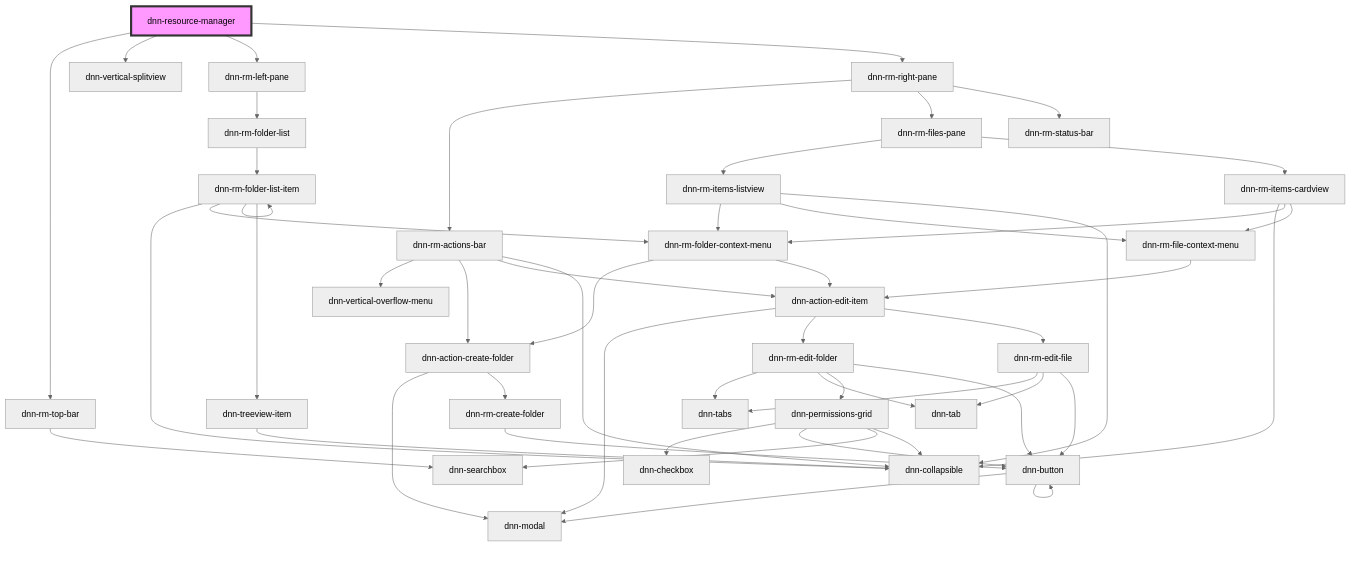
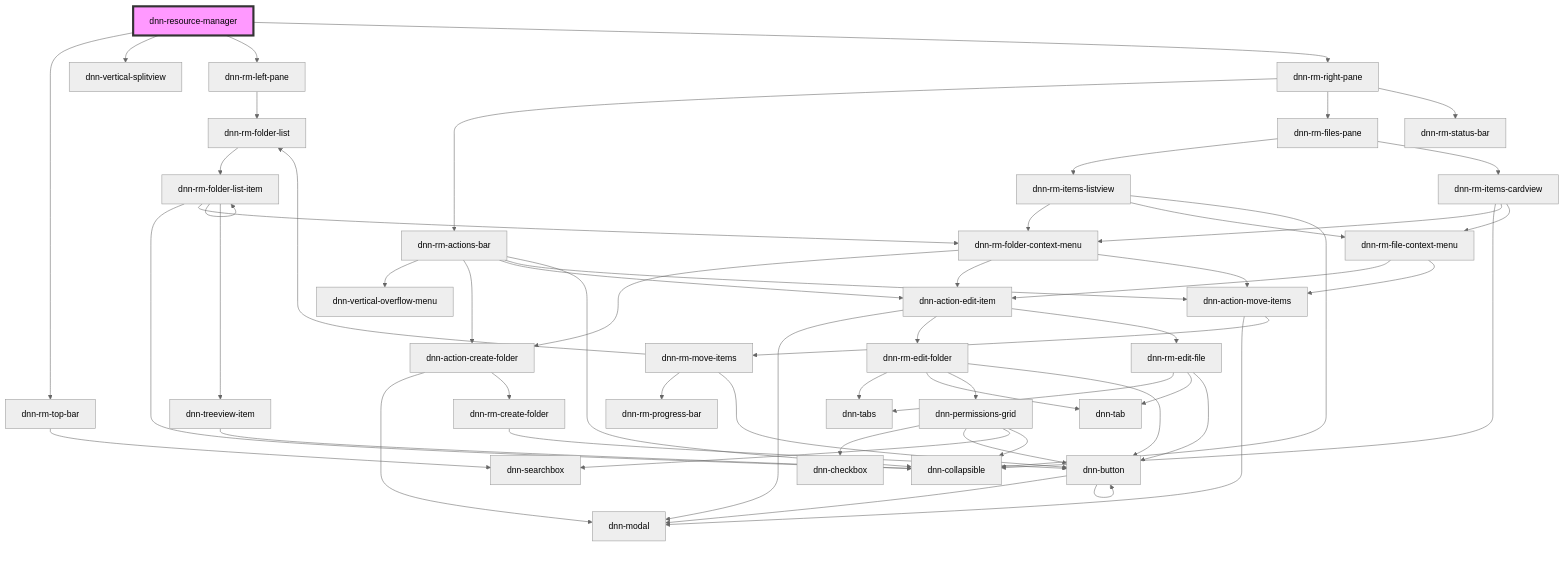
The diagram in DNN Platform/Modules/ResourceManager/ResourceManager.Web/src/components/dnn-resource-manager/readme.md (dnnsoftware/Dnn.Platform), drawn with Mermaid (neutral theme) before and after one commit. The commit also changed 29 other files, not shown here.

````diff
--- a/DNN Platform/Modules/ResourceManager/ResourceManager.Web/src/components/dnn-resource-manager/readme.md
+++ b/DNN Platform/Modules/ResourceManager/ResourceManager.Web/src/components/dnn-resource-manager/readme.md
@@ -25,53 +25,61 @@
 ```mermaid
 graph TD;
   dnn-resource-manager --> dnn-rm-top-bar
   dnn-resource-manager --> dnn-vertical-splitview
   dnn-resource-manager --> dnn-rm-left-pane
   dnn-resource-manager --> dnn-rm-right-pane
   dnn-rm-top-bar --> dnn-searchbox
   dnn-rm-left-pane --> dnn-rm-folder-list
   dnn-rm-folder-list --> dnn-rm-folder-list-item
   dnn-rm-folder-list-item --> dnn-collapsible
   dnn-rm-folder-list-item --> dnn-rm-folder-context-menu
   dnn-rm-folder-list-item --> dnn-treeview-item
   dnn-rm-folder-list-item --> dnn-rm-folder-list-item
   dnn-rm-folder-context-menu --> dnn-action-create-folder
   dnn-rm-folder-context-menu --> dnn-action-edit-item
+  dnn-rm-folder-context-menu --> dnn-action-move-items
   dnn-action-create-folder --> dnn-modal
   dnn-action-create-folder --> dnn-rm-create-folder
   dnn-rm-create-folder --> dnn-button
   dnn-button --> dnn-modal
   dnn-button --> dnn-button
   dnn-action-edit-item --> dnn-modal
   dnn-action-edit-item --> dnn-rm-edit-folder
   dnn-action-edit-item --> dnn-rm-edit-file
   dnn-rm-edit-folder --> dnn-tabs
   dnn-rm-edit-folder --> dnn-tab
   dnn-rm-edit-folder --> dnn-permissions-grid
   dnn-rm-edit-folder --> dnn-button
   dnn-permissions-grid --> dnn-checkbox
   dnn-permissions-grid --> dnn-button
   dnn-permissions-grid --> dnn-searchbox
   dnn-permissions-grid --> dnn-collapsible
   dnn-rm-edit-file --> dnn-tabs
   dnn-rm-edit-file --> dnn-tab
   dnn-rm-edit-file --> dnn-button
+  dnn-action-move-items --> dnn-modal
+  dnn-action-move-items --> dnn-rm-move-items
+  dnn-rm-move-items --> dnn-rm-folder-list
+  dnn-rm-move-items --> dnn-rm-progress-bar
+  dnn-rm-move-items --> dnn-button
   dnn-treeview-item --> dnn-collapsible
   dnn-rm-right-pane --> dnn-rm-actions-bar
   dnn-rm-right-pane --> dnn-rm-files-pane
   dnn-rm-right-pane --> dnn-rm-status-bar
   dnn-rm-actions-bar --> dnn-vertical-overflow-menu
   dnn-rm-actions-bar --> dnn-action-create-folder
   dnn-rm-actions-bar --> dnn-action-edit-item
+  dnn-rm-actions-bar --> dnn-action-move-items
   dnn-rm-actions-bar --> dnn-collapsible
   dnn-rm-files-pane --> dnn-rm-items-listview
   dnn-rm-files-pane --> dnn-rm-items-cardview
   dnn-rm-items-listview --> dnn-rm-folder-context-menu
   dnn-rm-items-listview --> dnn-rm-file-context-menu
   dnn-rm-items-listview --> dnn-collapsible
   dnn-rm-file-context-menu --> dnn-action-edit-item
+  dnn-rm-file-context-menu --> dnn-action-move-items
   dnn-rm-items-cardview --> dnn-collapsible
   dnn-rm-items-cardview --> dnn-rm-folder-context-menu
   dnn-rm-items-cardview --> dnn-rm-file-context-menu
   style dnn-resource-manager fill:#f9f,stroke:#333,stroke-width:4px
 ```
````
